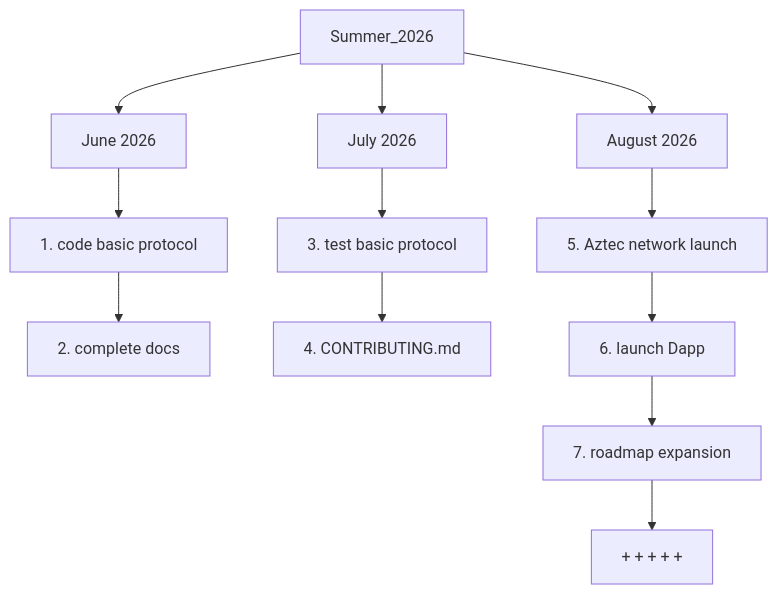
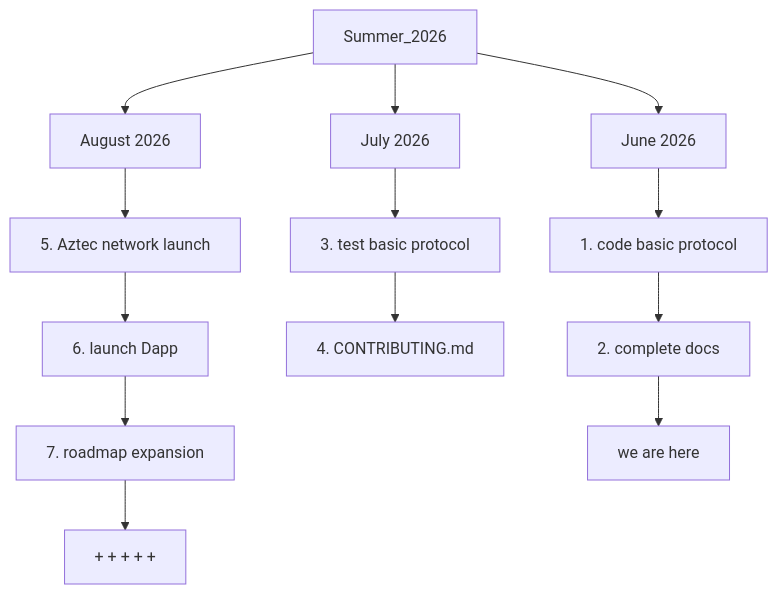
One commit to no-hive/to-paz_docs changed the diagram in roadmap.md. Above: the diagram before and after it, drawn with Mermaid. The commit also changed 7 other files, not shown here.

````diff
--- a/roadmap.md
+++ b/roadmap.md
@@ -7,16 +7,17 @@
 ```mermaid
 graph TD
  Summer_2026 --> A[June 2026] --> B[1. code basic protocol]
     B --> C[2. complete docs]
     Summer_2026 -->   F[July 2026]
     F --> G[3. test basic protocol]
     G --> H[4. CONTRIBUTING.md]
     Summer_2026 --> K[August 2026] --> P[5. Aztec network launch]  
     P --> I[6. launch Dapp]
     I --> L[7. roadmap expansion]
 L --> X[+ + + + +]
+C[2. complete docs] --> T[we are here] 
 
   
 
 
 ```
````
